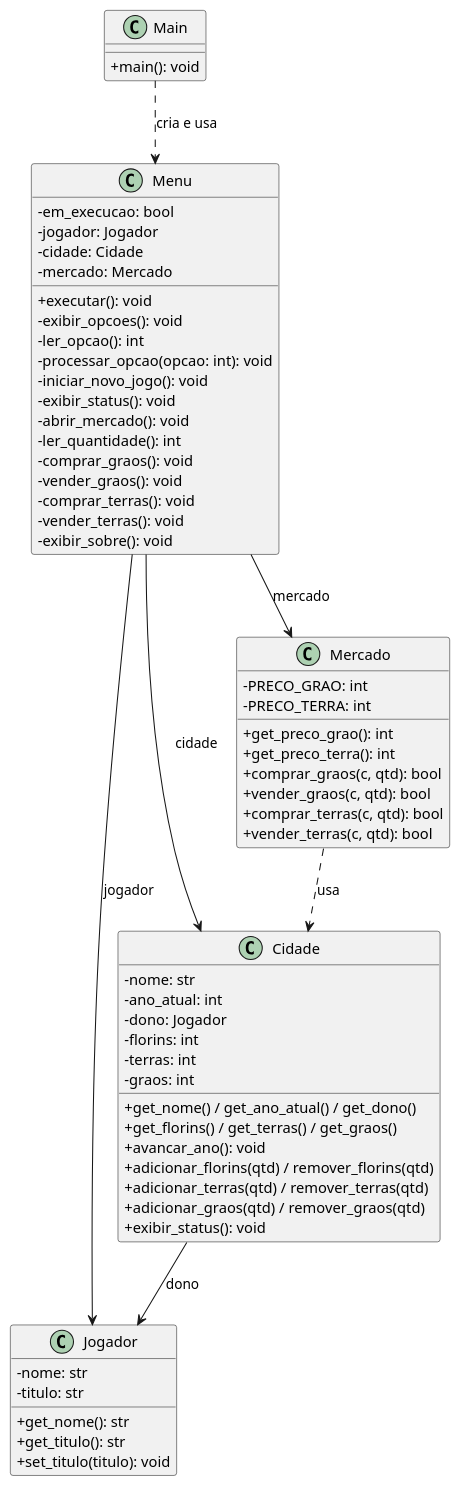
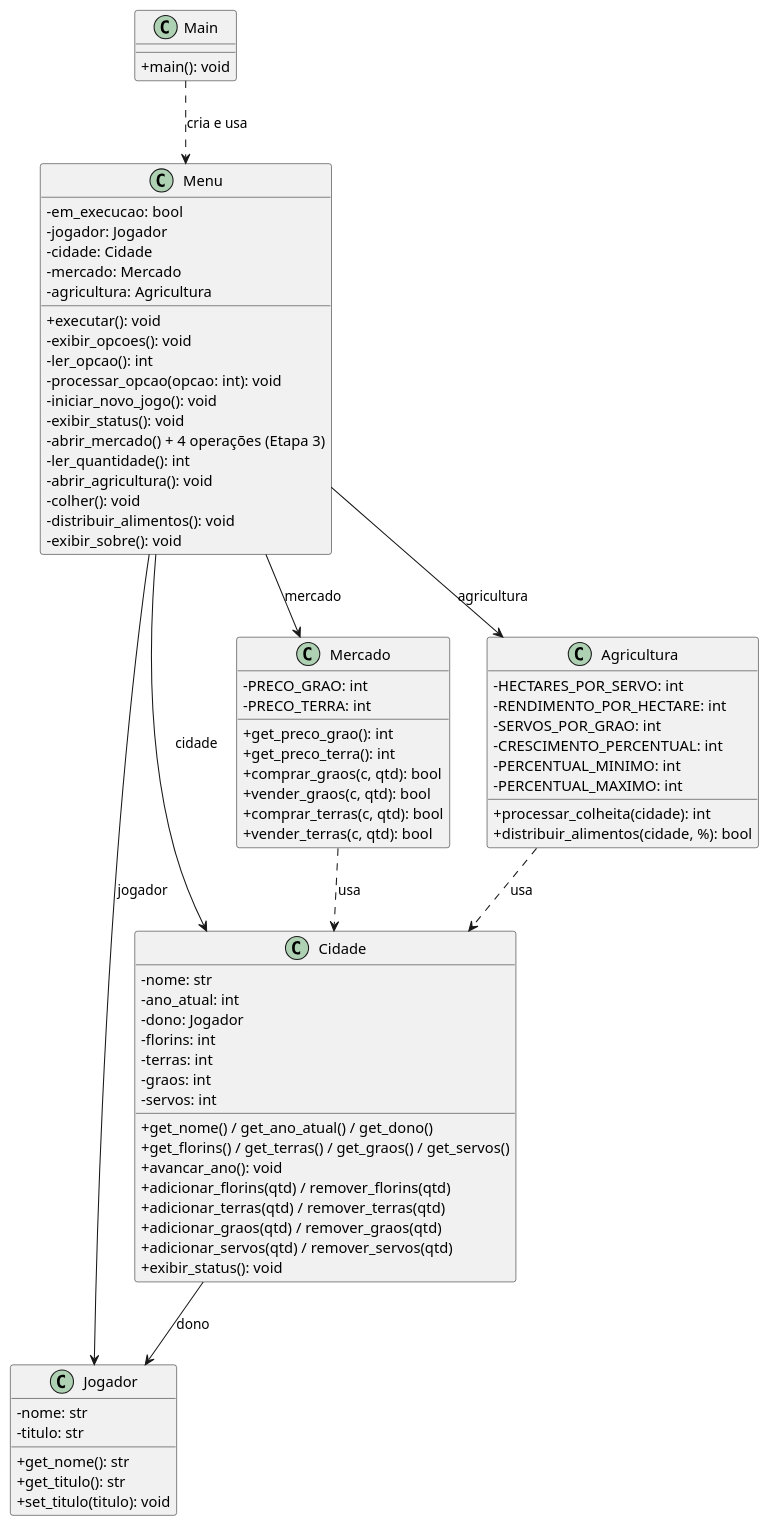
The diagram in uml/diagrama-classes.puml (guipoliver/Bolonha-e-Milano), drawn with PlantUML before and after one commit. The commit also changed 10 other files, not shown here.

Commit message:
Etapa 4: servos, classe Agricultura, submenu e diagramas

```diff
--- a/uml/diagrama-classes.puml
+++ b/uml/diagrama-classes.puml
@@ -1,69 +1,84 @@
 @startuml
 skinparam classAttributeIconSize 0
 
 class Main {
   + main(): void
 }
 
 class Menu {
   - em_execucao: bool
   - jogador: Jogador
   - cidade: Cidade
   - mercado: Mercado
+  - agricultura: Agricultura
   + executar(): void
   - exibir_opcoes(): void
   - ler_opcao(): int
   - processar_opcao(opcao: int): void
   - iniciar_novo_jogo(): void
   - exibir_status(): void
-  - abrir_mercado(): void
+  - abrir_mercado() + 4 operações (Etapa 3)
   - ler_quantidade(): int
-  - comprar_graos(): void
-  - vender_graos(): void
-  - comprar_terras(): void
-  - vender_terras(): void
+  - abrir_agricultura(): void
+  - colher(): void
+  - distribuir_alimentos(): void
   - exibir_sobre(): void
 }
 
 class Jogador {
   - nome: str
   - titulo: str
   + get_nome(): str
   + get_titulo(): str
   + set_titulo(titulo): void
 }
 
 class Cidade {
   - nome: str
   - ano_atual: int
   - dono: Jogador
   - florins: int
   - terras: int
   - graos: int
+  - servos: int
   + get_nome() / get_ano_atual() / get_dono()
-  + get_florins() / get_terras() / get_graos()
+  + get_florins() / get_terras() / get_graos() / get_servos()
   + avancar_ano(): void
   + adicionar_florins(qtd) / remover_florins(qtd)
   + adicionar_terras(qtd) / remover_terras(qtd)
   + adicionar_graos(qtd) / remover_graos(qtd)
+  + adicionar_servos(qtd) / remover_servos(qtd)
   + exibir_status(): void
 }
 
 class Mercado {
   - PRECO_GRAO: int
   - PRECO_TERRA: int
   + get_preco_grao(): int
   + get_preco_terra(): int
   + comprar_graos(c, qtd): bool
   + vender_graos(c, qtd): bool
   + comprar_terras(c, qtd): bool
   + vender_terras(c, qtd): bool
 }
 
+class Agricultura {
+  - HECTARES_POR_SERVO: int
+  - RENDIMENTO_POR_HECTARE: int
+  - SERVOS_POR_GRAO: int
+  - CRESCIMENTO_PERCENTUAL: int
+  - PERCENTUAL_MINIMO: int
+  - PERCENTUAL_MAXIMO: int
+  + processar_colheita(cidade): int
+  + distribuir_alimentos(cidade, %): bool
+}
+
 Main ..> Menu : cria e usa
 Menu --> Jogador : jogador
 Menu --> Cidade : cidade
 Menu --> Mercado : mercado
+Menu --> Agricultura : agricultura
 Cidade --> Jogador : dono
 Mercado ..> Cidade : usa
+Agricultura ..> Cidade : usa
 @enduml
```
